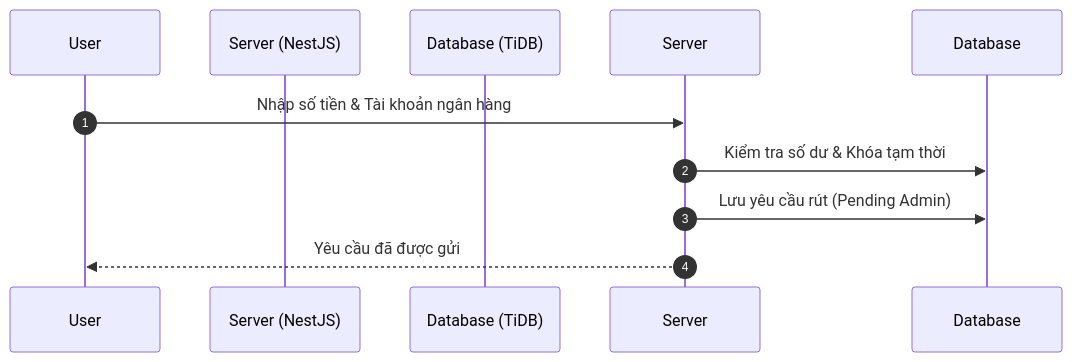
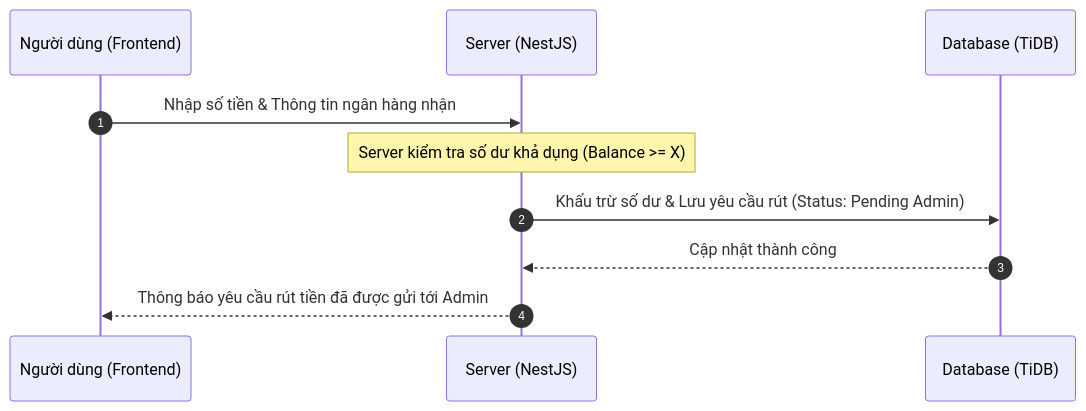
One commit to Loisori/SCI-ITF-Canhan42_TrinhSuTruongThi changed the ninth of 25 diagrams in doc.md. Above: the diagram before and after it, drawn with Mermaid. The commit also changed other lines of this file and 1 other file, not shown here.

````diff
--- a/doc.md
+++ b/doc.md
@@ -1209,12 +1267,13 @@
 ```mermaid
 sequenceDiagram
     autonumber
-    participant U as User
+    participant U as Người dùng (Frontend)
     participant S as Server (NestJS)
     participant D as Database (TiDB)
 
-    U->>Server: Nhập số tiền & Tài khoản ngân hàng
-    Server->>Database: Kiểm tra số dư & Khóa tạm thời
-    Server->>Database: Lưu yêu cầu rút (Pending Admin)
-    Server-->>U: Yêu cầu đã được gửi
+    U->>S: Nhập số tiền & Thông tin ngân hàng nhận
+    Note over S: Server kiểm tra số dư khả dụng (Balance >= X)
+    S->>D: Khấu trừ số dư & Lưu yêu cầu rút (Status: Pending Admin)
+    D-->>S: Cập nhật thành công
+    S-->>U: Thông báo yêu cầu rút tiền đã được gửi tới Admin
 ```
````
